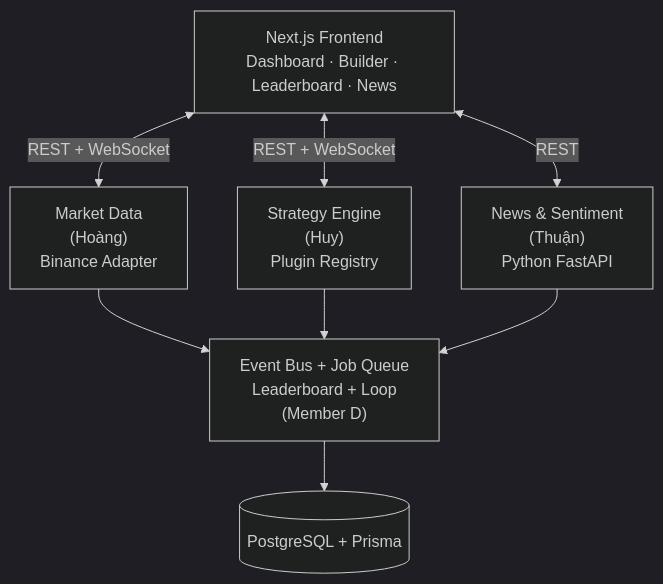
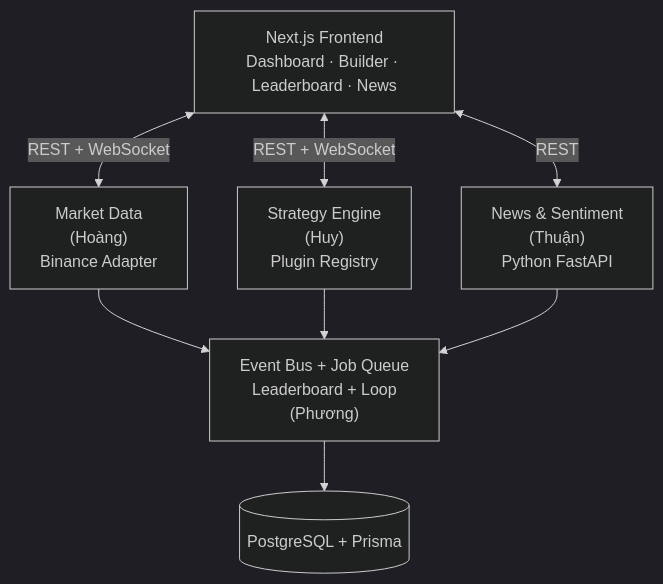
Before and after one commit to Hoang105205/Crypto-Strategy-Lab: the diagram in kb/ARCHITECTURE.md, drawn with Mermaid (dark theme). The commit also changed other lines of this file and 13 other files, not shown here.

````diff
--- a/kb/ARCHITECTURE.md
+++ b/kb/ARCHITECTURE.md
@@ -13,16 +13,16 @@
 ```mermaid
 graph TD
   FE["Next.js Frontend<br/>Dashboard · Builder · Leaderboard · News"]
   MD["Market Data<br/>(Hoàng)<br/>Binance Adapter"]
   SE["Strategy Engine<br/>(Huy)<br/>Plugin Registry"]
   NW["News & Sentiment<br/>(Thuận)<br/>Python FastAPI"]
-  INF["Event Bus + Job Queue<br/>Leaderboard + Loop<br/>(Member D)"]
+  INF["Event Bus + Job Queue<br/>Leaderboard + Loop<br/>(Phương)"]
   DB[("PostgreSQL + Prisma")]
   FE <-->|REST + WebSocket| MD
   FE <-->|REST + WebSocket| SE
   FE <-->|REST| NW
   MD --> INF
   SE --> INF
   NW --> INF
   INF --> DB
 ```
````
